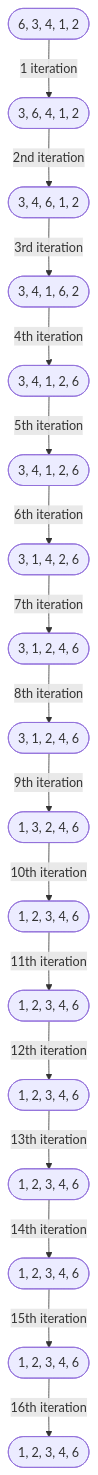
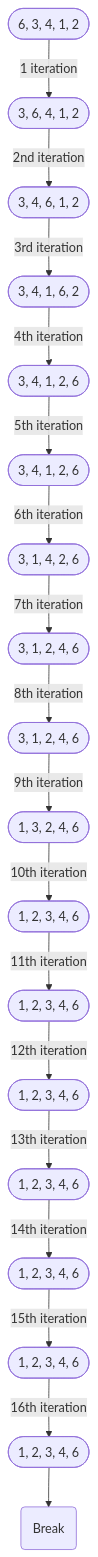
The third of 4 diagrams in Data Structure and Algorithms/Sorting.md (Heimeinsheu/Python), drawn with Mermaid before and after one commit. The commit also changed other lines of this file, not shown here.

````diff
--- a/Data Structure and Algorithms/Sorting.md
+++ b/Data Structure and Algorithms/Sorting.md
@@ -163,19 +163,20 @@
 ```mermaid
 flowchart TD
     A([6, 3, 4, 1, 2]) -->|1 iteration| B([3, 6, 4, 1, 2])
     B -->|2nd iteration| C([3, 4, 6, 1, 2])
     C -->|3rd iteration| D([3, 4, 1, 6, 2])
     D -->|4th iteration| E([3, 4, 1, 2, 6])
     E -->|5th iteration| F([3, 4, 1, 2, 6])
     F -->|6th iteration| G([3, 1, 4, 2, 6])
     G -->|7th iteration| H([3, 1, 2, 4, 6])
     H -->|8th iteration| I([3, 1, 2, 4, 6])
     I -->|9th iteration| J([1, 3, 2, 4, 6])
     J -->|10th iteration| K([1, 2, 3, 4, 6])
     K -->|11th iteration| L([1, 2, 3, 4, 6])
     L -->|12th iteration| M([1, 2, 3, 4, 6])
     M -->|13th iteration| N([1, 2, 3, 4, 6])
     N -->|14th iteration| O([1, 2, 3, 4, 6])
     O -->|15th iteration| P([1, 2, 3, 4, 6])
     P -->|16th iteration| Q([1, 2, 3, 4, 6])
+    Q -->R(Break)
 ```
````
